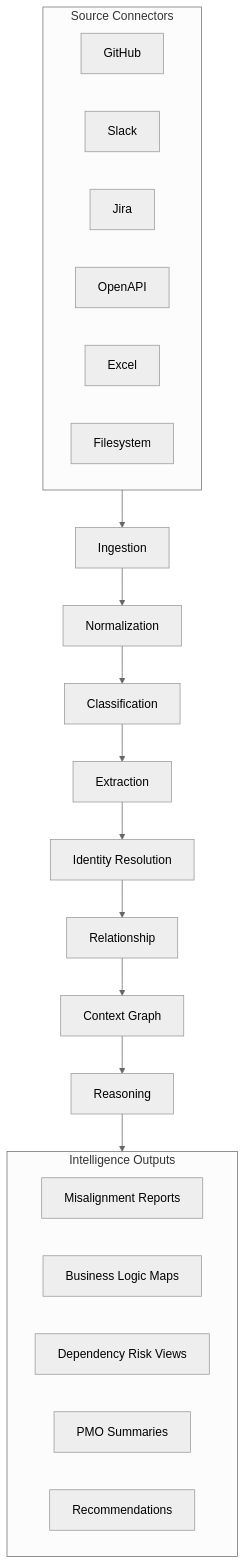
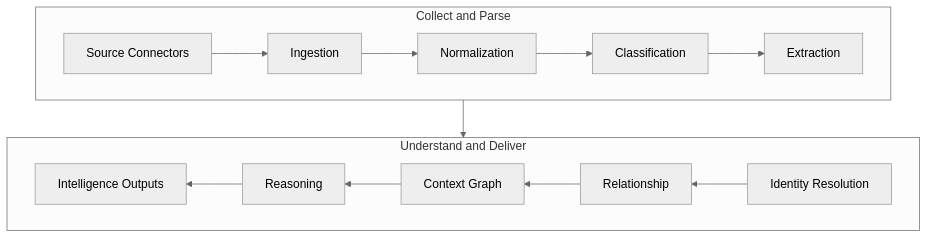
The first of 2 diagrams in README.md (sx-tane/context-os), drawn with Mermaid (neutral theme) before and after one commit. The commit also changed other lines of this file and 45 other files, not shown here.

Commit message:
refactor: Update processing pipeline diagram and stage descriptions for clarity and structure

````diff
--- a/README.md
+++ b/README.md
@@ -51,32 +51,14 @@
 ```mermaid
-flowchart TD
-  subgraph SRC[Source Connectors]
+flowchart TB
+  subgraph R1[Collect and Parse]
     direction LR
-    S1[GitHub]
-    S2[Slack]
-    S3[Jira]
-    S4[OpenAPI]
-    S5[Excel]
-    S6[Filesystem]
+    SRC[Source Connectors] --> P1[Ingestion] --> P2[Normalization] --> P3[Classification] --> P4[Extraction]
   end
 
-  P1[Ingestion]
-  P2[Normalization]
-  P3[Classification]
-  P4[Extraction]
-  P5[Identity Resolution]
-  P6[Relationship]
-  P7[Context Graph]
-  P8[Reasoning]
-
-  subgraph OUT[Intelligence Outputs]
-    direction LR
-    O1[Misalignment Reports]
-    O2[Business Logic Maps]
-    O3[Dependency Risk Views]
-    O4[PMO Summaries]
-    O5[Recommendations]
+  subgraph R2[Understand and Deliver]
+    direction RL
+    P5[Identity Resolution] --> P6[Relationship] --> P7[Context Graph] --> P8[Reasoning] --> OUT[Intelligence Outputs]
   end
 
-  SRC --> P1 --> P2 --> P3 --> P4 --> P5 --> P6 --> P7 --> P8 --> OUT
+  P4 --> P5
 ```
````
